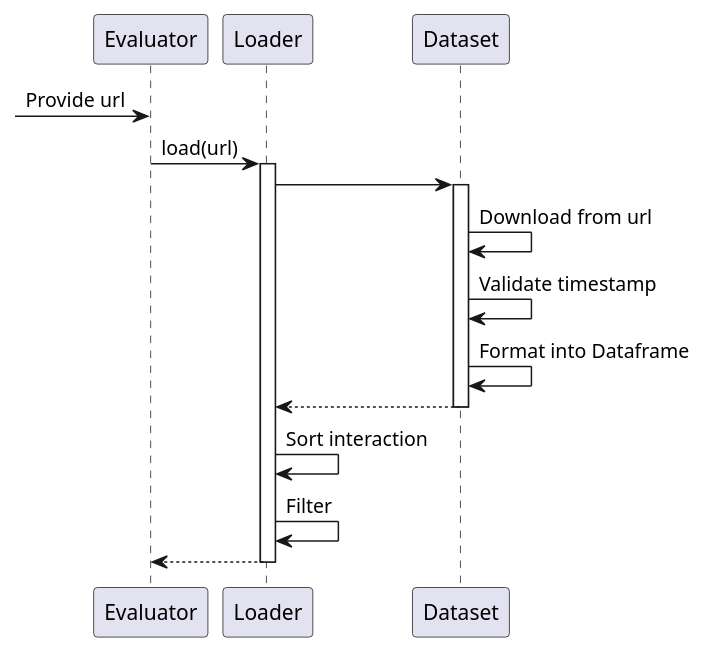
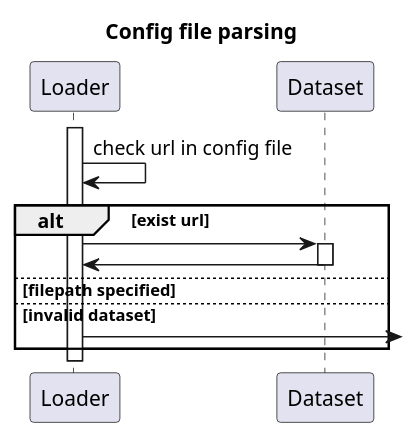
Before and after one commit to HiIAmTzeKean/Streamsight: the second of 6 diagrams in docs/architecture_draft.md, drawn with PlantUML. The commit also changed other lines of this file, not shown here.

Commit message:
feat: version 1 architecture

````diff
--- a/docs/architecture_draft.md
+++ b/docs/architecture_draft.md
@@ -78,22 +87,16 @@
 ```plantuml
-@startuml Loading without error
+@startuml
+title Config file parsing
+activate Loader
+Loader -> Loader : check url in config file
+alt exist url
+    Loader -> Dataset ++
+    Dataset -> Loader --
+else filepath specified
+    
+else invalid dataset
+    Loader -> 
+end
 
-[-> Evaluator : Provide url
-Evaluator -> Loader : load(url)
-activate Loader
-Loader -> Dataset
-
-activate Dataset
-Dataset -> Dataset : Download from url
-Dataset -> Dataset : Validate timestamp
-Dataset -> Dataset : Format into Dataframe
-Dataset --> Loader
-deactivate Dataset
-
-Loader -> Loader : Sort interaction
-Loader -> Loader : Filter
-
-Loader --> Evaluator
-deactivate Loader
 @enduml
 ```
````
